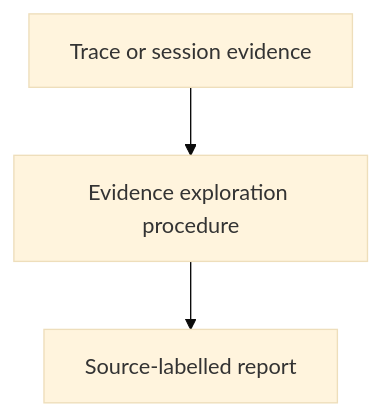
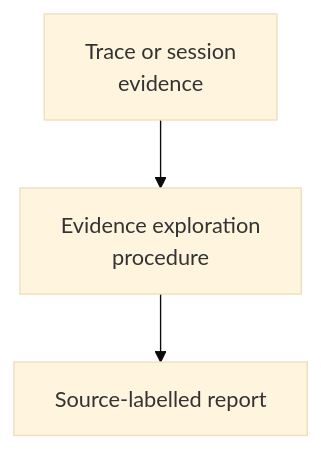
One commit to abstract-business-systems/as-is changed the diagram in skills/exploring-execution-evidence/as-is.md. Above: the diagram before and after it, drawn with Mermaid (base theme). The commit also changed 47 other files, not shown here.

Commit message:
docs(diagrams): improve Mermaid readability validation

````diff
--- a/skills/exploring-execution-evidence/as-is.md
+++ b/skills/exploring-execution-evidence/as-is.md
@@ -21,5 +21,5 @@
 ```mermaid
 flowchart TD
-    A["Trace or session evidence"] --> B["Evidence exploration procedure"]
+    A["Trace or session<br/>evidence"] --> B["Evidence exploration<br/>procedure"]
     B --> C["Source-labelled report"]
 ```
````
